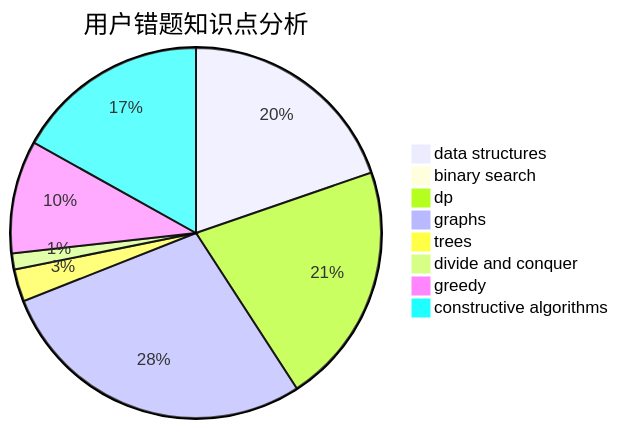
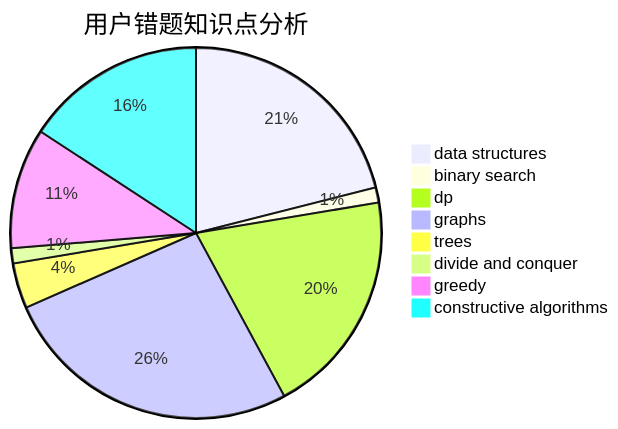
One commit to sherpahu/cfrs.github.io changed the third of 3 diagrams in docs/user/u1822.md. Above: the diagram before and after it, drawn with Mermaid. The commit also changed other lines of this file and 2770 other files, not shown here.

````diff
--- a/docs/user/u1822.md
+++ b/docs/user/u1822.md
@@ -36,11 +36,11 @@
 ```mermaid
 pie title 用户错题知识点分析
-    "data structures" :  14
-    "binary search" :  0
+    "data structures" :  16
+    "binary search" :  1
     "dp" :  15
     "graphs" :  20
-    "trees" :  2
+    "trees" :  3
     "divide and conquer" :  1
-    "greedy" :  7
+    "greedy" :  8
     "constructive algorithms" :  12
 ```
````
